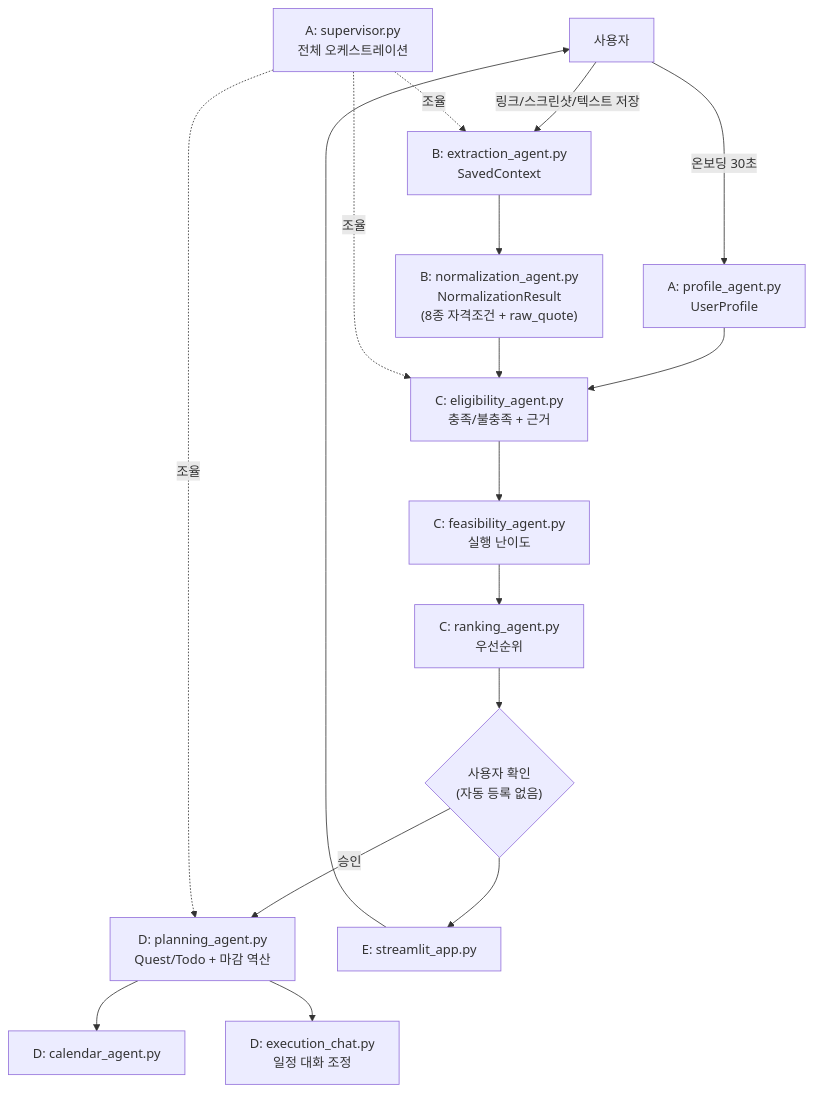
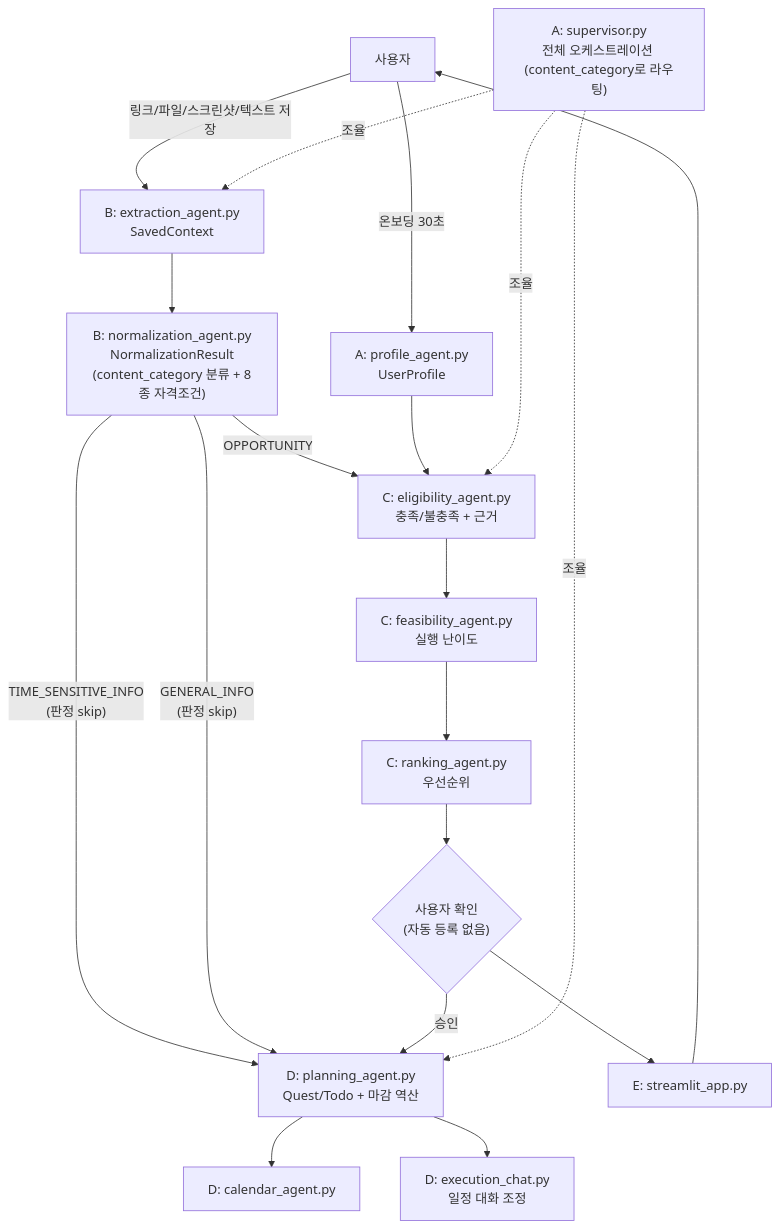
One commit to nxtcloud-edu/2026_KNUxKU_summer_camp_team06 changed the diagram in ARCHITECTURE.md. Above: the diagram before and after it, drawn with Mermaid. The commit also changed other lines of this file and 5 other files, not shown here.

First line of the commit message:
콘텐츠 분류(content_category) 추가 — 지원사업이 아닌 저장 콘텐츠 처리

````diff
--- a/ARCHITECTURE.md
+++ b/ARCHITECTURE.md
@@ -9,19 +9,21 @@
 ```mermaid
 flowchart TD
     U[사용자] -->|온보딩 30초| A_PROFILE["A: profile_agent.py<br/>UserProfile"]
-    U -->|링크/스크린샷/텍스트 저장| B_EXT["B: extraction_agent.py<br/>SavedContext"]
-    B_EXT --> B_NORM["B: normalization_agent.py<br/>NormalizationResult<br/>(8종 자격조건 + raw_quote)"]
-    A_PROFILE --> C_ELIG
-    B_NORM --> C_ELIG["C: eligibility_agent.py<br/>충족/불충족 + 근거"]
+    U -->|링크/파일/스크린샷/텍스트 저장| B_EXT["B: extraction_agent.py<br/>SavedContext"]
+    B_EXT --> B_NORM["B: normalization_agent.py<br/>NormalizationResult<br/>(content_category 분류 + 8종 자격조건)"]
+    B_NORM -->|OPPORTUNITY| C_ELIG
+    A_PROFILE --> C_ELIG["C: eligibility_agent.py<br/>충족/불충족 + 근거"]
     C_ELIG --> C_FEAS["C: feasibility_agent.py<br/>실행 난이도"]
     C_FEAS --> C_RANK["C: ranking_agent.py<br/>우선순위"]
     C_RANK --> CONFIRM{"사용자 확인<br/>(자동 등록 없음)"}
+    B_NORM -->|"TIME_SENSITIVE_INFO<br/>(판정 skip)"| D_PLAN
+    B_NORM -->|"GENERAL_INFO<br/>(판정 skip)"| D_PLAN
     CONFIRM -->|승인| D_PLAN["D: planning_agent.py<br/>Quest/Todo + 마감 역산"]
     D_PLAN --> D_CAL["D: calendar_agent.py"]
     D_PLAN --> D_CHAT["D: execution_chat.py<br/>일정 대화 조정"]
-    A_SUP["A: supervisor.py<br/>전체 오케스트레이션"] -.조율.-> B_EXT
+    A_SUP["A: supervisor.py<br/>전체 오케스트레이션 (content_category로 라우팅)"] -.조율.-> B_EXT
     A_SUP -.조율.-> C_ELIG
     A_SUP -.조율.-> D_PLAN
     E_UI["E: streamlit_app.py"] --> U
     CONFIRM --> E_UI
 ```
````
